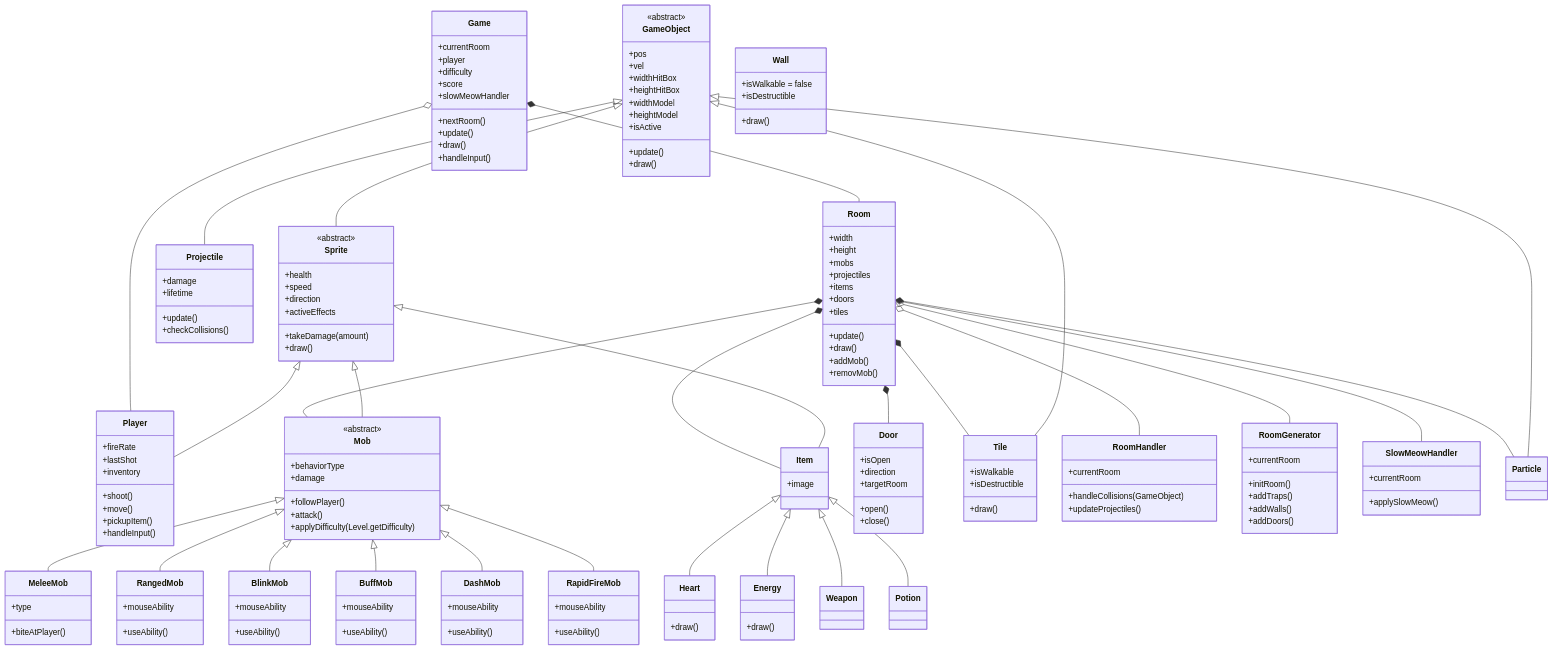
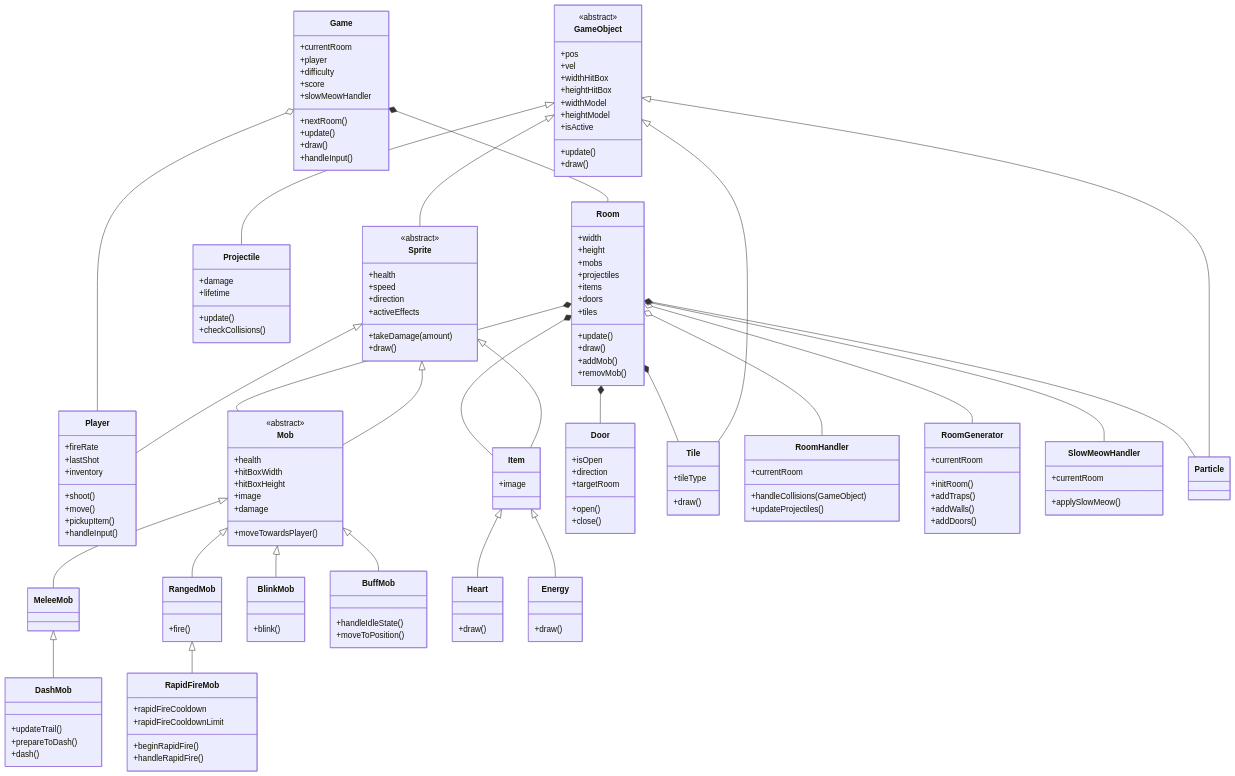
One commit to UoB-COMSM0166/2025-group-28 changed the diagram in projdocs/Design Artefacts/class-diagram/UML.mermaid. Above: the diagram before and after it, drawn with Mermaid.

```diff
--- a/projdocs/Design Artefacts/class-diagram/UML.mermaid
+++ b/projdocs/Design Artefacts/class-diagram/UML.mermaid
@@ -1,186 +1,176 @@
 classDiagram
     class Game {
         +currentRoom
         +player
         +difficulty
         +score
         +slowMeowHandler
         +nextRoom()
         +update()
         +draw()
         +handleInput()
     }
 
     class GameObject {
         <<abstract>>
         +pos
         +vel
         +widthHitBox
         +heightHitBox
         +widthModel
         +heightModel
         +isActive
         +update()
         +draw()
     }
 
     class Sprite {
         <<abstract>>
         +health
         +speed
         +direction
         +activeEffects
         +takeDamage(amount)
         +draw()
     }
 
     class Player {
         +fireRate
         +lastShot
         +inventory
         +shoot()
         +move()
         +pickupItem()
         +handleInput()
     }
 
     class Mob {
         <<abstract>>
-        +behaviorType
+        +health
+        +hitBoxWidth
+        +hitBoxHeight
+        +image
         +damage
-        +followPlayer()
-        +attack()
-        +applyDifficulty(Level.getDifficulty)
+        +moveTowardsPlayer()
     }
 
     class MeleeMob {
-        +type
-        +biteAtPlayer()
     }
 
     class RangedMob {
-        +mouseAbility
-        +useAbility()
+        +fire()
     }
 
     class BlinkMob {
-        +mouseAbility
-        +useAbility()
+        +blink()
     }
 
     class BuffMob {
-        +mouseAbility
-        +useAbility()
+        +handleIdleState()
+        +moveToPosition()
     }
 
     class DashMob {
-        +mouseAbility
-        +useAbility()
+        +updateTrail()
+        +prepareToDash()
+        +dash()
     }
 
     class RapidFireMob {
-        +mouseAbility
-        +useAbility()
+        +rapidFireCooldown
+        +rapidFireCooldownLimit
+        +beginRapidFire()
+        +handleRapidFire()
     }
 
     class Item {
         +image
     }
 
     class Heart {
         +draw()
     }
 
     class Energy {
         +draw()
     }
 
     class Projectile {
         +damage
         +lifetime
         +update()
         +checkCollisions()
     }
 
     class Room {
         +width
         +height
         +mobs
         +projectiles
         +items
         +doors
         +tiles
         +update()
         +draw()
         +addMob()
         +removMob()
     }
 
     class Door {
         +isOpen
         +direction
         +targetRoom
         +open()
         +close()
     }
 
     class Tile {
-        +isWalkable
-        +isDestructible
+        +tileType
         +draw()
     }
 
-    class Wall {
-        +isWalkable = false
-        +isDestructible
-        +draw()
-    }
 
     class RoomHandler {
         +currentRoom
         +handleCollisions(GameObject)
         +updateProjectiles()
     }
 
     class RoomGenerator {
         +currentRoom
         +initRoom()
         +addTraps()
         +addWalls()
         +addDoors()
     }
 
     class SlowMeowHandler {
         +currentRoom
         +applySlowMeow()
     }
 
     Game o-- Player
     Game *-- Room
     Room *-- Door
     Room *-- Mob
     Room *-- Item
     Room *-- Tile
     Room *-- Particle
     Room o-- SlowMeowHandler
     Room o-- RoomHandler
     Room o-- RoomGenerator
     Sprite <|-- Player
     Sprite <|-- Mob
     Sprite <|-- Item
     Mob <|-- MeleeMob
     Mob <|-- RangedMob
     Mob <|-- BlinkMob
     Mob <|-- BuffMob
-    Mob <|-- DashMob
-    Mob <|-- RapidFireMob
+    MeleeMob <|-- DashMob
+    RangedMob <|-- RapidFireMob
     GameObject <|-- Tile
     GameObject <|-- Sprite
     GameObject <|-- Projectile
     GameObject <|-- Particle
     Item <|-- Heart
     Item <|-- Energy
-  
-
-    Item <|-- Weapon
-    Item <|-- Potion
```
